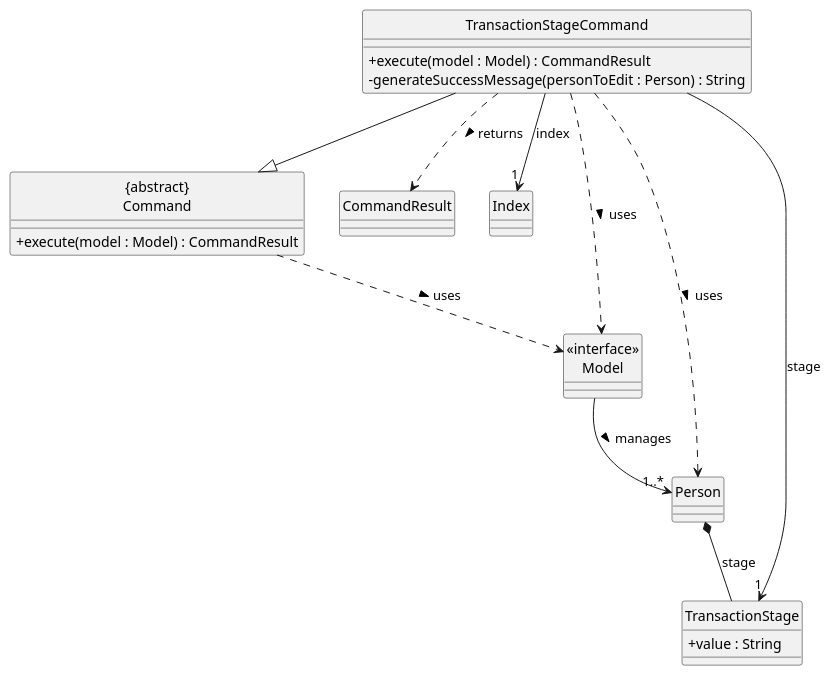
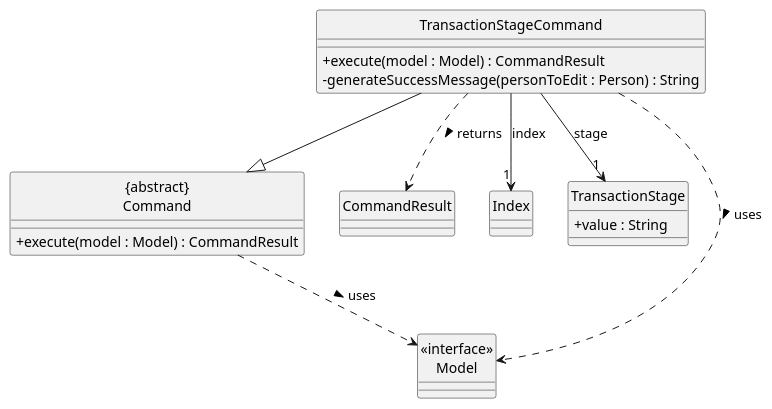
One commit to Kimberlee97/tp changed the diagram in docs/diagrams/transaction/TransactionClass.puml. Above: the diagram before and after it, drawn with PlantUML. The commit also changed 1 other file, not shown here.

Commit message:
Fix transaction UML diagrams

```diff
--- a/docs/diagrams/transaction/TransactionClass.puml
+++ b/docs/diagrams/transaction/TransactionClass.puml
@@ -1,32 +1,28 @@
 @startuml
 hide circle
 skinparam classAttributeIconSize 0
 
 class TransactionStageCommand {
   +execute(model : Model) : CommandResult
   -generateSuccessMessage(personToEdit : Person) : String
 }
 
 class "{abstract}\nCommand" as Command {
   +execute(model : Model) : CommandResult
 }
 
 class CommandResult
 class Index
-class Person
 class TransactionStage {
   +value : String
 }
 class "<<interface>>\nModel" as Model
 
 TransactionStageCommand --|> Command
 TransactionStageCommand --> "1" Index : index
 TransactionStageCommand --> "1" TransactionStage : stage
 TransactionStageCommand ..> Model : uses >
 TransactionStageCommand ..> CommandResult : returns >
-TransactionStageCommand ..> Person : uses >
 Command ..> Model : uses >
-Model --> "1..*" Person : manages >
-Person *-- TransactionStage : stage
 
 @enduml
```
